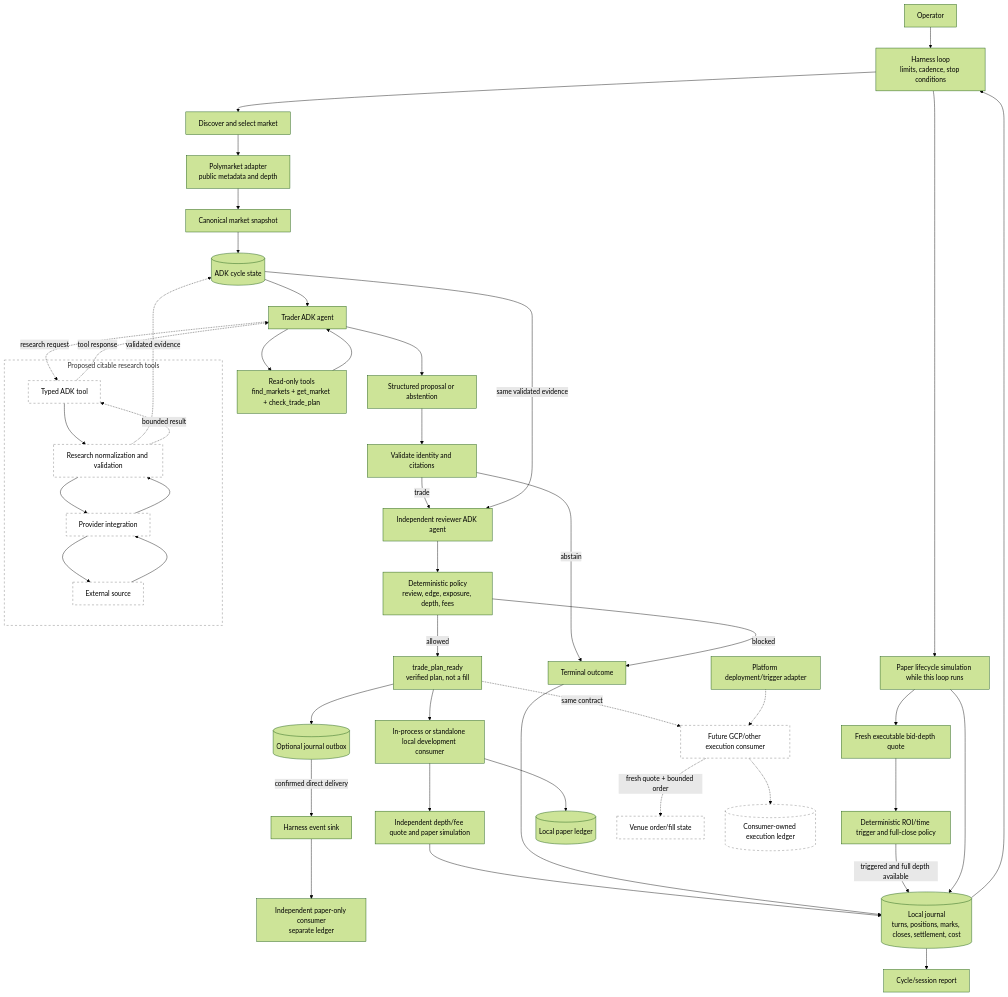
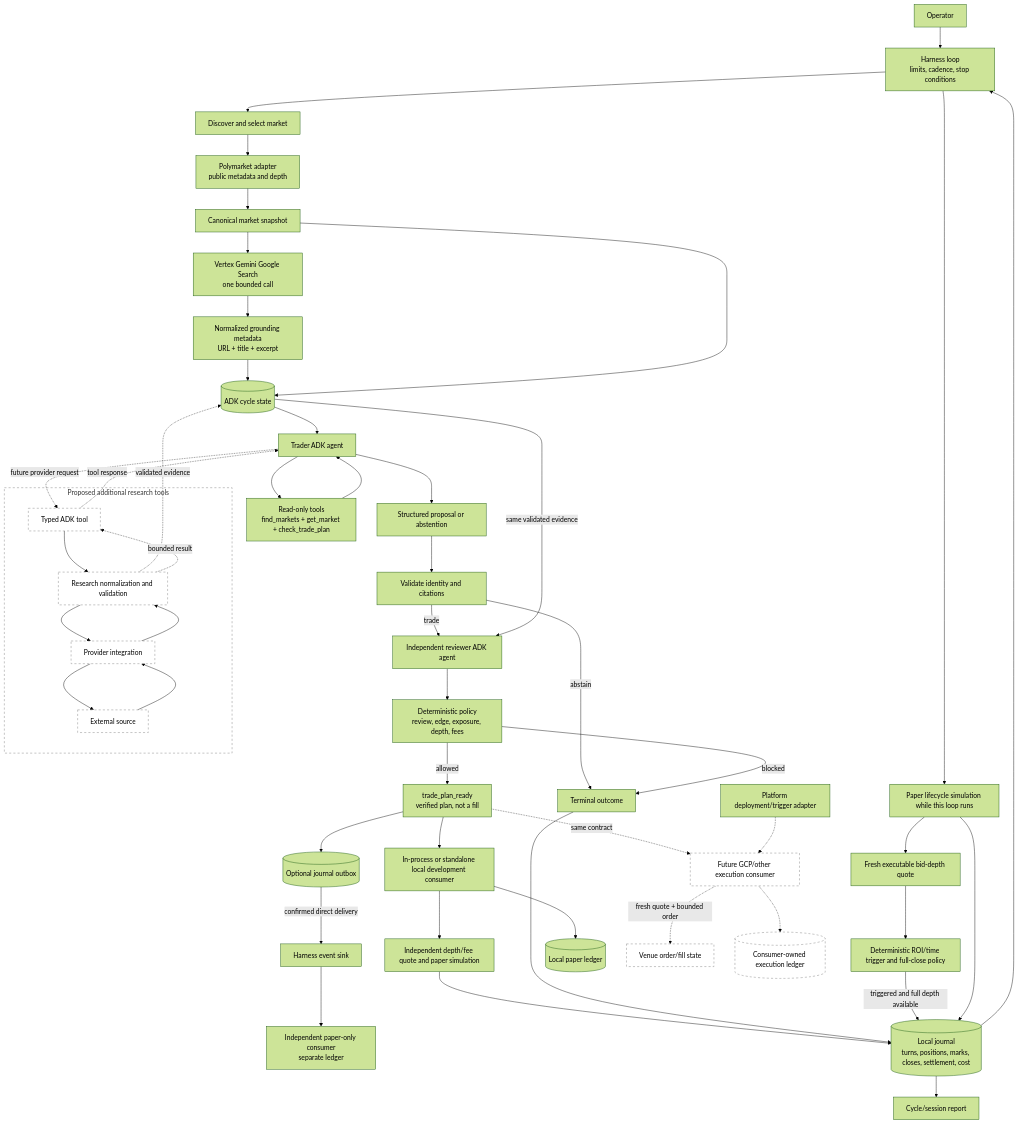
The diagram in harness/docs/architecture.md (JMrtzsn/chrysopoeia), drawn with Mermaid (forest theme) before and after one commit. The commit also changed other lines of this file and 16 other files, not shown here.

Commit message:
Add Vertex Google Search grounding research as cited evidence

````diff
--- a/harness/docs/architecture.md
+++ b/harness/docs/architecture.md
@@ -6,57 +6,60 @@
 ```mermaid
 flowchart TD
     Operator --> Loop["Harness loop<br/>limits, cadence, stop conditions"]
     Loop --> Discover["Discover and select market"]
     Discover --> Venue["Polymarket adapter<br/>public metadata and depth"]
     Venue --> Snapshot["Canonical market snapshot"]
+    Snapshot --> Research["Vertex Gemini Google Search<br/>one bounded call"]
+    Research --> Evidence["Normalized grounding metadata<br/>URL + title + excerpt"]
+    Evidence --> State
     Snapshot --> State[("ADK cycle state")]
 
     State --> Trader["Trader ADK agent"]
     Trader --> ContextTool["Read-only tools<br/>find_markets + get_market + check_trade_plan"]
     ContextTool --> Trader
     Trader --> Proposal["Structured proposal or abstention"]
     Proposal --> Gate["Validate identity and citations"]
     Gate -->|abstain| Outcome["Terminal outcome"]
     Gate -->|trade| Reviewer["Independent reviewer ADK agent"]
     State -->|same validated evidence| Reviewer
     Reviewer --> Policy["Deterministic policy<br/>review, edge, exposure, depth, fees"]
     Policy -->|allowed| Ready["trade_plan_ready<br/>verified plan, not a fill"]
     Ready --> Outbox[("Optional journal outbox")]
     Outbox -->|"confirmed direct delivery"| Publisher["Harness event sink"]
     Ready --> PaperConsumer["In-process or standalone local development consumer"]
     Publisher --> IndependentConsumer["Independent paper-only consumer<br/>separate ledger"]
     PaperConsumer --> Quote["Independent depth/fee quote and paper simulation"]
     Policy -->|blocked| Outcome
     Quote --> Journal[("Local journal<br/>turns, positions, marks, closes, settlement, cost")]
     Outcome --> Journal
     Loop --> Lifecycle["Paper lifecycle simulation while this loop runs"]
     Lifecycle --> ExitQuote["Fresh executable bid-depth quote"]
     ExitQuote --> ExitPolicy["Deterministic ROI/time trigger and full-close policy"]
     ExitPolicy -->|triggered and full depth available| Journal
     Lifecycle --> Journal
     Journal --> Loop
     Journal --> Report["Cycle/session report"]
 
     Ready -. "same contract" .-> ExecutionConsumer["Future GCP/other execution consumer"]
     PaperConsumer --> PaperLedger[("Local paper ledger")]
     ExecutionConsumer -. "fresh quote + bounded order" .-> LiveVenue["Venue order/fill state"]
     ExecutionConsumer -.-> LiveLedger[("Consumer-owned execution ledger")]
     Platform["Platform deployment/trigger adapter"] -.-> ExecutionConsumer
 
-    subgraph Planned["Proposed citable research tools"]
+    subgraph Planned["Proposed additional research tools"]
         Tool["Typed ADK tool"]
         Core["Research normalization and validation"]
         Integration["Provider integration"]
         Source["External source"]
         Tool --> Core --> Integration --> Source
         Source --> Integration --> Core
     end
-    Trader -. "research request" .-> Tool
+    Trader -. "future provider request" .-> Tool
     Core -. "validated evidence" .-> State
     Core -. "bounded result" .-> Tool
     Tool -. "tool response" .-> Trader
 
     classDef planned fill:#fff,stroke:#777,stroke-dasharray:5 5;
     class Tool,Core,Integration,Source,ExecutionConsumer,LiveVenue,LiveLedger planned;
     style Planned fill:#fff,stroke:#777,stroke-dasharray:5 5;
 ```
````
